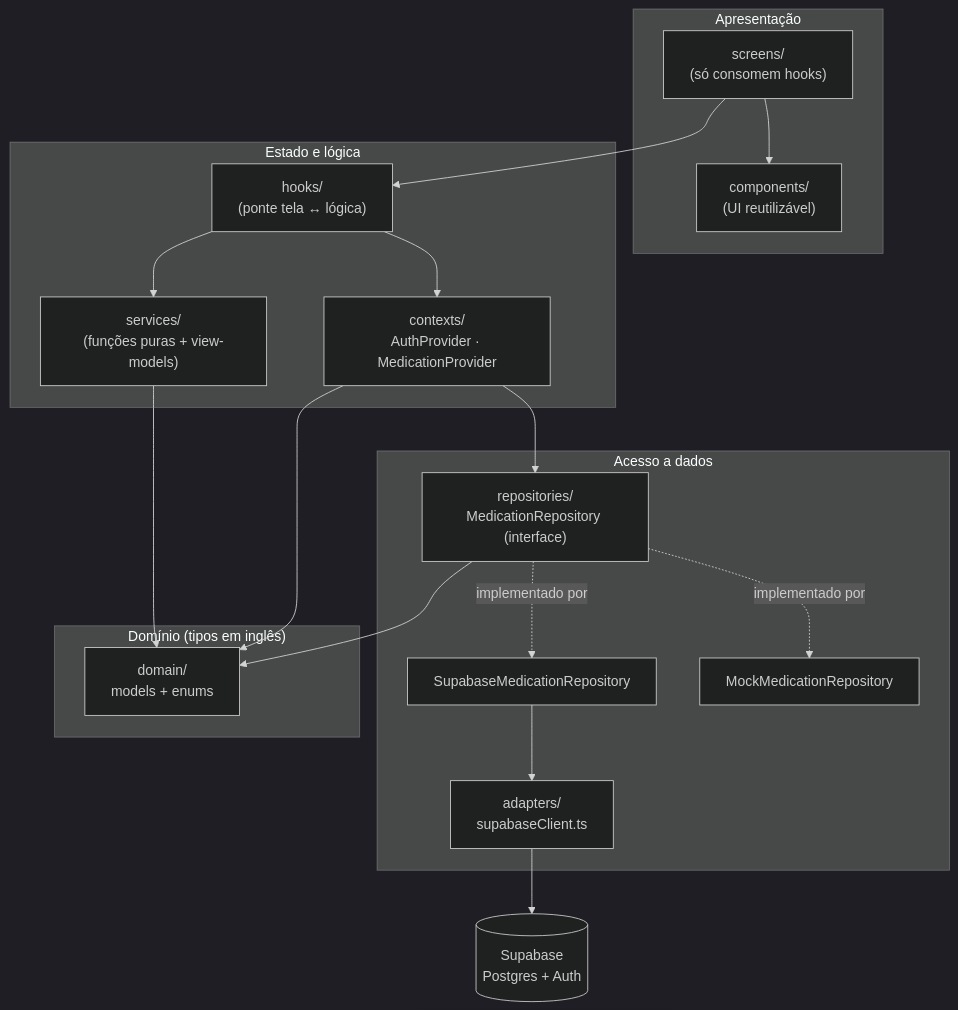
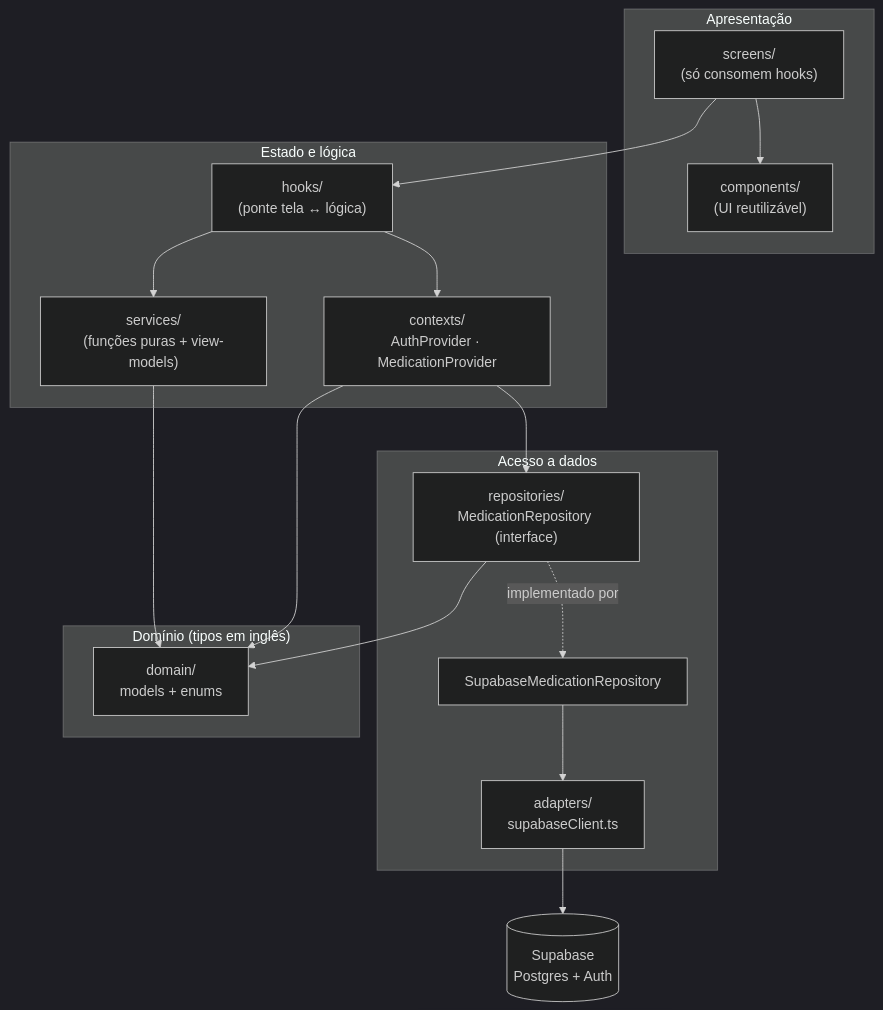
The first of 5 diagrams in docs/ARQUITETURA.md (Sofiabraga/interface-takere), drawn with Mermaid (dark theme) before and after one commit. The commit also changed other lines of this file and 8 other files, not shown here.

````diff
--- a/docs/ARQUITETURA.md
+++ b/docs/ARQUITETURA.md
@@ -56,35 +56,33 @@
 ```mermaid
 flowchart TD
     subgraph UI["Apresentação"]
         S["screens/<br/>(só consomem hooks)"]
         C["components/<br/>(UI reutilizável)"]
     end
     subgraph STATE["Estado e lógica"]
         H["hooks/<br/>(ponte tela ↔ lógica)"]
         CTX["contexts/<br/>AuthProvider · MedicationProvider"]
         SVC["services/<br/>(funções puras + view-models)"]
     end
     subgraph DATA["Acesso a dados"]
         REPO["repositories/<br/>MedicationRepository (interface)"]
         SUP["SupabaseMedicationRepository"]
-        MOCK["MockMedicationRepository"]
         ADP["adapters/<br/>supabaseClient.ts"]
     end
     subgraph DOMAIN["Domínio (tipos em inglês)"]
         DOM["domain/<br/>models + enums"]
     end
     EXT[("Supabase<br/>Postgres + Auth")]
 
     S --> H
     S --> C
     H --> CTX
     H --> SVC
     CTX --> REPO
     REPO -.implementado por.-> SUP
-    REPO -.implementado por.-> MOCK
     SUP --> ADP
     ADP --> EXT
     SVC --> DOM
     CTX --> DOM
     REPO --> DOM
 ```
````
